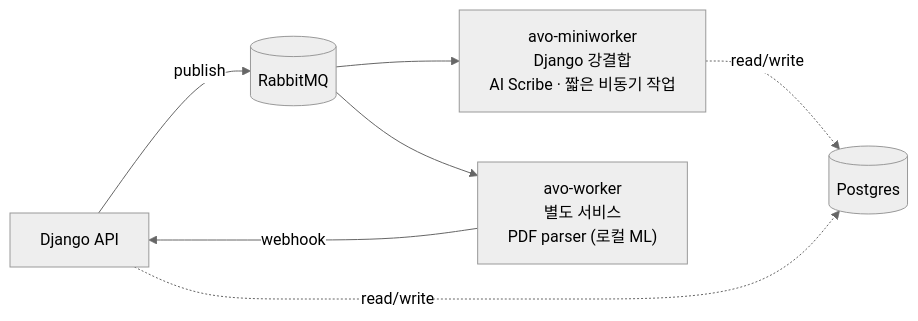
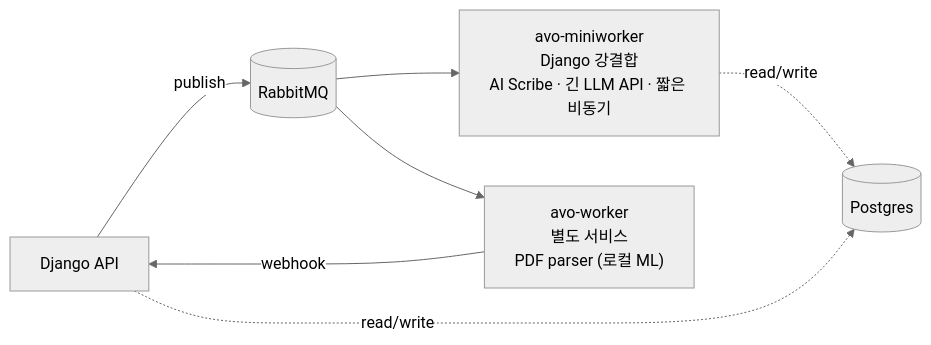
One commit to texasroh/texasroh.github.io changed the third of 6 diagrams in _portfolio/portfolio.md. Above: the diagram before and after it, drawn with Mermaid (neutral theme). The commit also changed other lines of this file, not shown here.

Commit message:
docs(portfolio): refine miniworker workload description
- Bullet: Django 비동기 워커 now describes 긴 LLM API 호출 · 큰 메모리 점유 · 짧은 DB 작업
- Mermaid: align diagram label with bullet — "AI Scribe · 긴 LLM API · 짧은 비동기"

````diff
--- a/_portfolio/portfolio.md
+++ b/_portfolio/portfolio.md
@@ -130,9 +130,9 @@
 ```mermaid
 flowchart LR
     API[Django API] -->|publish| MQ[(RabbitMQ)]
-    MQ --> MW["avo-miniworker<br/>Django 강결합<br/>AI Scribe · 짧은 비동기 작업"]
+    MQ --> MW["avo-miniworker<br/>Django 강결합<br/>AI Scribe · 긴 LLM API · 짧은 비동기"]
     MQ --> ML["avo-worker<br/>별도 서비스<br/>PDF parser (로컬 ML)"]
     MW -.->|read/write| DB[(Postgres)]
     API -.->|read/write| DB
     ML -->|webhook| API
 ```
````
